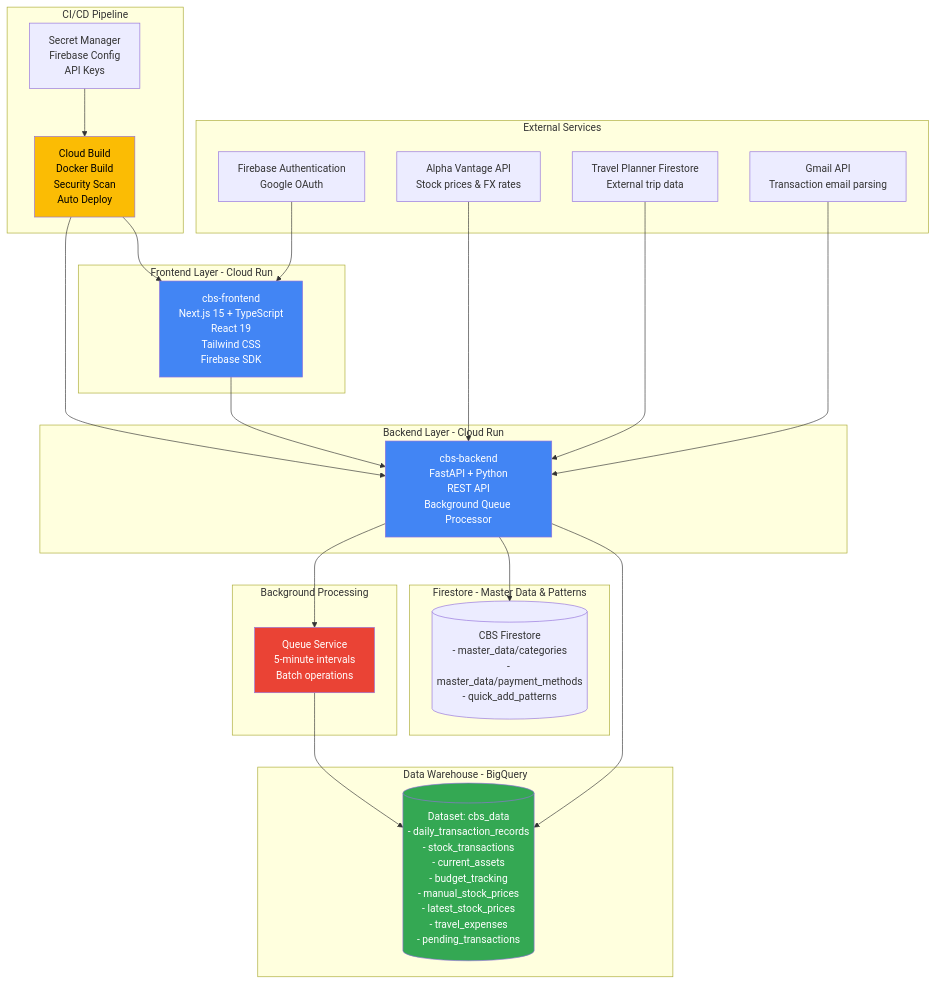
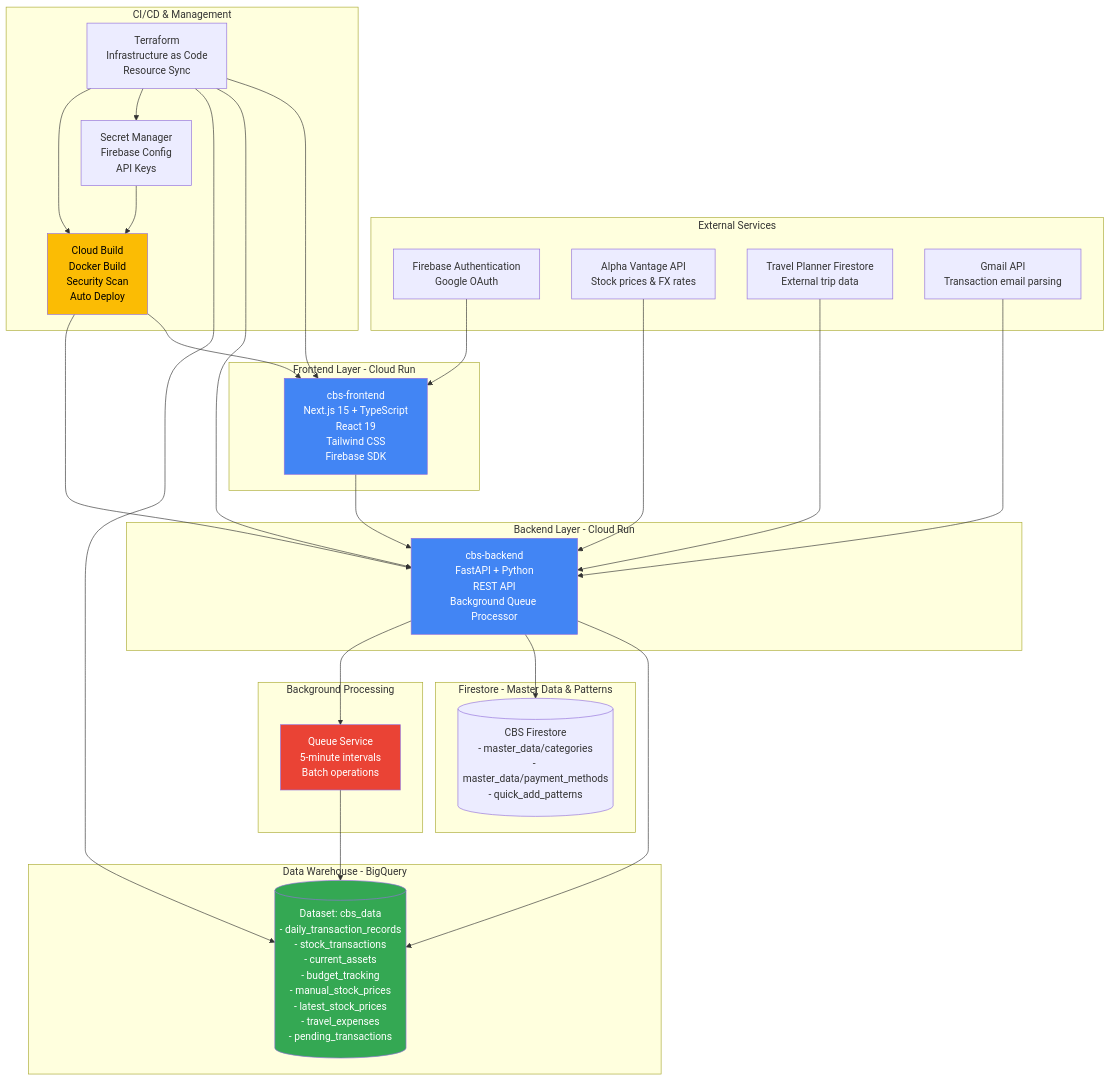
One commit to takeshimx/personal-finance-architecture changed the first of 4 diagrams in README.md. Above: the diagram before and after it, drawn with Mermaid. The commit also changed other lines of this file and 1 other file, not shown here.

````diff
--- a/README.md
+++ b/README.md
@@ -32,55 +32,61 @@
 ```mermaid
 graph TB
     subgraph "External Services"
         Firebase[Firebase Authentication<br/>Google OAuth]
         AlphaVantage[Alpha Vantage API<br/>Stock prices & FX rates]
         TravelFirestore[Travel Planner Firestore<br/>External trip data]
         GmailAPI[Gmail API<br/>Transaction email parsing]
     end
 
     subgraph "Frontend Layer - Cloud Run"
         Frontend[cbs-frontend<br/>Next.js 15 + TypeScript<br/>React 19<br/>Tailwind CSS<br/>Firebase SDK]
     end
 
     subgraph "Backend Layer - Cloud Run"
         Backend[cbs-backend<br/>FastAPI + Python<br/>REST API<br/>Background Queue Processor]
     end
 
     subgraph "Data Warehouse - BigQuery"
         RawData[(Dataset: cbs_data<br/>- daily_transaction_records<br/>- stock_transactions<br/>- current_assets<br/>- budget_tracking<br/>- manual_stock_prices<br/>- latest_stock_prices<br/>- travel_expenses<br/>- pending_transactions)]
     end
 
     subgraph "Firestore - Master Data & Patterns"
         CBSFirestore[(CBS Firestore<br/>- master_data/categories<br/>- master_data/payment_methods<br/>- quick_add_patterns)]
     end
 
-    subgraph "CI/CD Pipeline"
+    subgraph "CI/CD & Management"
         CloudBuild[Cloud Build<br/>Docker Build<br/>Security Scan<br/>Auto Deploy]
         SecretManager[Secret Manager<br/>Firebase Config<br/>API Keys]
+        Terraform[Terraform<br/>Infrastructure as Code<br/>Resource Sync]
     end
 
     subgraph "Background Processing"
         QueueProcessor[Queue Service<br/>5-minute intervals<br/>Batch operations]
     end
 
     Firebase --> Frontend
     Frontend --> Backend
     Backend --> RawData
     Backend --> CBSFirestore
     AlphaVantage --> Backend
     TravelFirestore --> Backend
     GmailAPI --> Backend
 
     Backend --> QueueProcessor
     QueueProcessor --> RawData
 
     CloudBuild --> Frontend
     CloudBuild --> Backend
     SecretManager --> CloudBuild
+    Terraform --> Frontend
+    Terraform --> Backend
+    Terraform --> RawData
+    Terraform --> SecretManager
+    Terraform --> CloudBuild
 
     style Frontend fill:#4285f4,color:#fff
     style Backend fill:#4285f4,color:#fff
     style RawData fill:#34a853,color:#fff
     style CloudBuild fill:#fbbc04,color:#000
     style QueueProcessor fill:#ea4335,color:#fff
 ```
````
